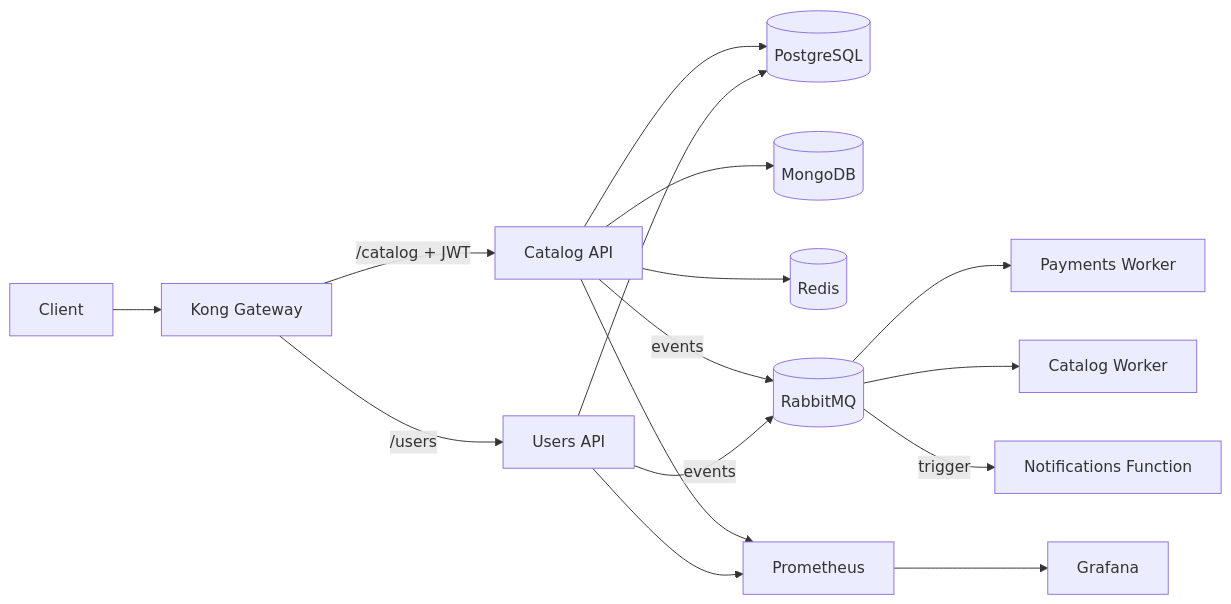
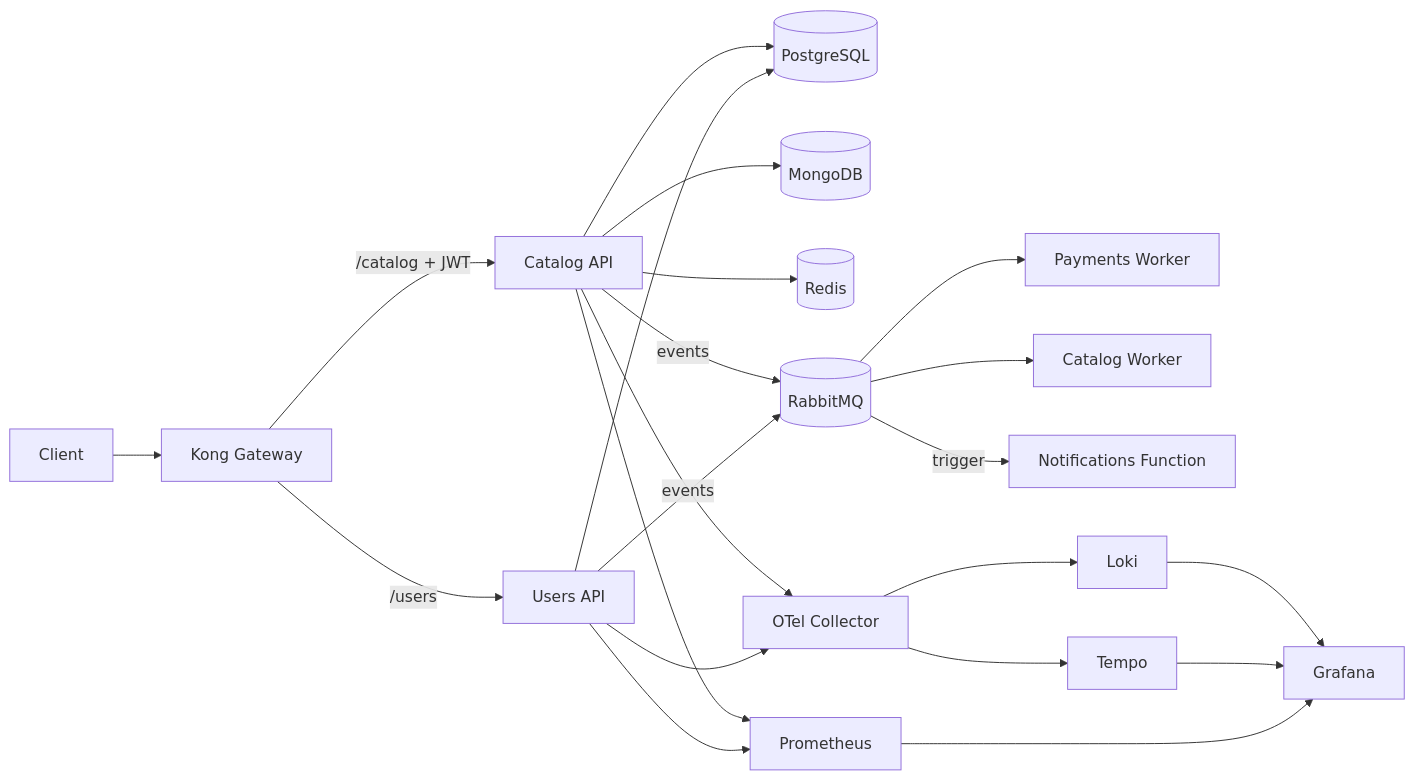
The diagram in README.md (GabrielNatan2001/FCG.Infra), drawn with Mermaid before and after one commit. The commit also changed other lines of this file and 9 other files, not shown here.

Commit message:
adicionando loki e tempo

````diff
--- a/README.md
+++ b/README.md
@@ -28,18 +28,24 @@
 ```mermaid
 flowchart LR
   Client[Client] --> Kong[Kong Gateway]
   Kong -->|/users| Users[Users API]
   Kong -->|/catalog + JWT| Catalog[Catalog API]
   Users --> PG[(PostgreSQL)]
   Catalog --> PG
   Catalog --> Mongo[(MongoDB)]
   Catalog --> Redis[(Redis)]
   Users -->|events| RMQ[(RabbitMQ)]
   Catalog -->|events| RMQ
   RMQ --> Payments[Payments Worker]
   RMQ --> CatalogW[Catalog Worker]
   RMQ -->|trigger| AzFunc[Notifications Function]
   Users --> Prom[Prometheus]
   Catalog --> Prom
+  Users --> Otel[OTel Collector]
+  Catalog --> Otel
+  Otel --> Tempo[Tempo]
+  Otel --> Loki[Loki]
   Prom --> Grafana[Grafana]
+  Tempo --> Grafana
+  Loki --> Grafana
 ```
````
